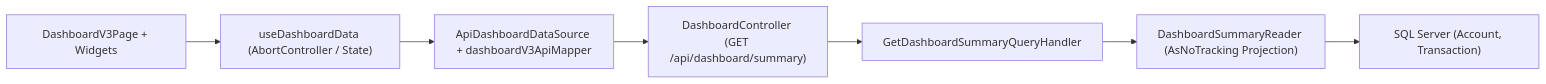
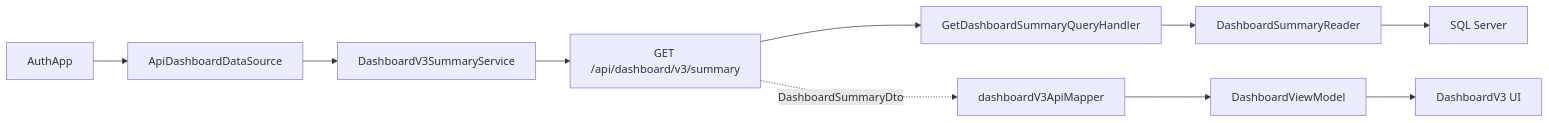
One commit to Cindy22390990/LifeDashboard changed the diagram in docs/DashboardV3BackendIntegrationImplementationSpec.md. Above: the diagram before and after it, drawn with Mermaid. The commit also changed other lines of this file and 22 other files, not shown here.

````diff
--- a/docs/DashboardV3BackendIntegrationImplementationSpec.md
+++ b/docs/DashboardV3BackendIntegrationImplementationSpec.md
@@ -156,10 +149,14 @@
 ```mermaid
 flowchart LR
-    DashboardV3["DashboardV3Page + Widgets"]
-    --> Hook["useDashboardData (AbortController / State)"]
-    --> APIClient["ApiDashboardDataSource + dashboardV3ApiMapper"]
-    --> Controller["DashboardController (GET /api/dashboard/summary)"]
+    AuthApp["AuthApp"]
+    --> ApiDS["ApiDashboardDataSource"]
+    --> Service["DashboardV3SummaryService"]
+    --> Endpoint["GET /api/dashboard/v3/summary"]
     --> Handler["GetDashboardSummaryQueryHandler"]
-    --> Reader["DashboardSummaryReader (AsNoTracking Projection)"]
-    --> Database["SQL Server (Account, Transaction)"]
+    --> Reader["DashboardSummaryReader"]
+    --> DB["SQL Server"]
+
+    Endpoint -.->|DashboardSummaryDto| Mapper["dashboardV3ApiMapper"]
+    Mapper --> VM["DashboardViewModel"]
+    VM --> UI["DashboardV3 UI"]
 ```
````
